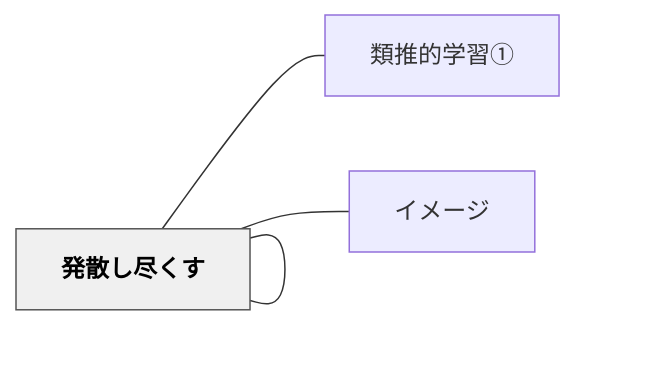
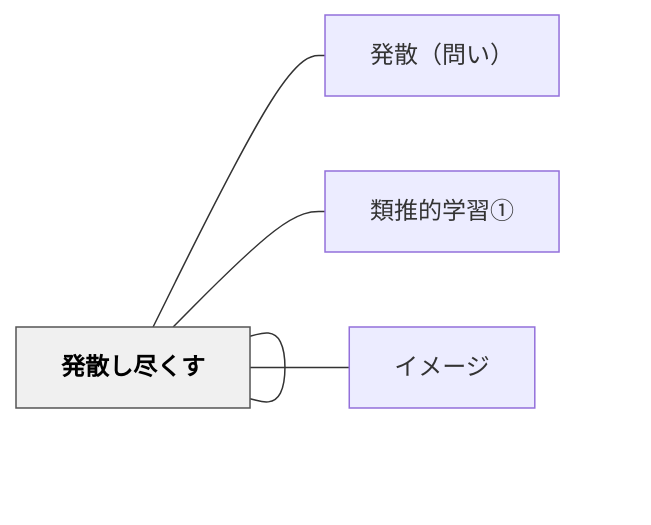
The diagram in content/パタン/発散し尽くす.md (unknownthings-ed-patterns/unknownthings-ed-patterns), drawn with Mermaid before and after one commit. The commit also changed 527 other files, not shown here.

````diff
--- a/content/パタン/発散し尽くす.md
+++ b/content/パタン/発散し尽くす.md
@@ -89,16 +89,16 @@
 ```mermaid
 flowchart LR
-    ne799bae695a3["発散し尽くす"]
-    ne799bae695a3["発散（問い）"]
-    ne9a19ee68ea8["類推的学習①"]
-    ne382a4e383a1["イメージ"]
-    ne799bae695a3["発散し尽くす"]
+    ne799bae695a3e38197e5b0bde3818fe38199["発散し尽くす"]
+    ne799bae695a3efbc88e5958fe38184efbc89["発散（問い）"]
+    ne9a19ee68ea8e79a84e5ada6e7bf92e291a0["類推的学習①"]
+    ne382a4e383a1e383bce382b8["イメージ"]
+    ne799bae695a3e38197e5b0bde3818fe38199["発散し尽くす"]
 
-    ne799bae695a3 --- ne799bae695a3
-    ne799bae695a3 --- ne9a19ee68ea8
-    ne799bae695a3 --- ne382a4e383a1
-    ne799bae695a3 --- ne799bae695a3
+    ne799bae695a3e38197e5b0bde3818fe38199 --- ne799bae695a3efbc88e5958fe38184efbc89
+    ne799bae695a3e38197e5b0bde3818fe38199 --- ne9a19ee68ea8e79a84e5ada6e7bf92e291a0
+    ne799bae695a3e38197e5b0bde3818fe38199 --- ne382a4e383a1e383bce382b8
+    ne799bae695a3e38197e5b0bde3818fe38199 --- ne799bae695a3e38197e5b0bde3818fe38199
 
     classDef hub fill:#f0f0f0,stroke:#555,color:#000,font-weight:bold
-    class ne799bae695a3 hub
+    class ne799bae695a3e38197e5b0bde3818fe38199 hub
 ```
````
